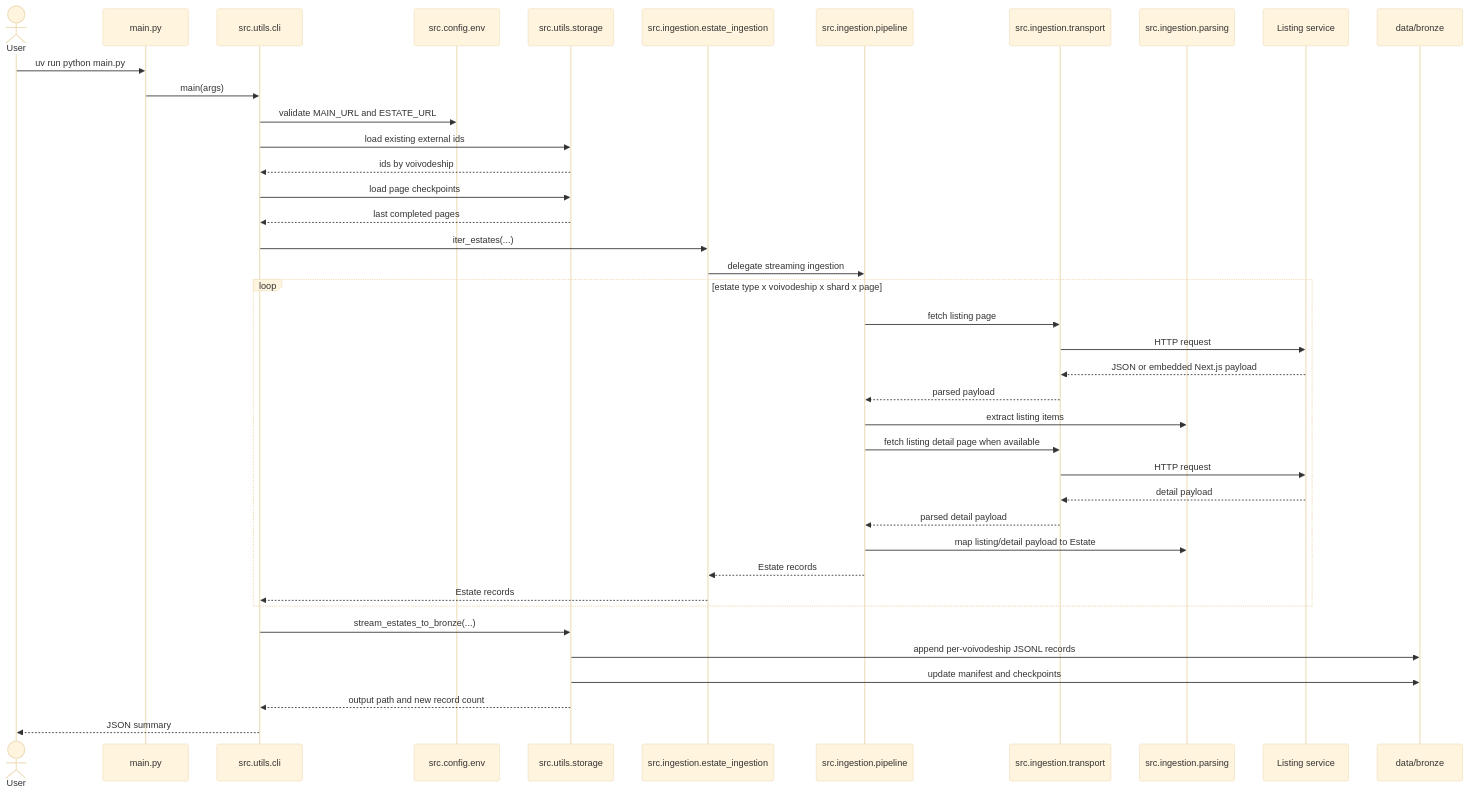
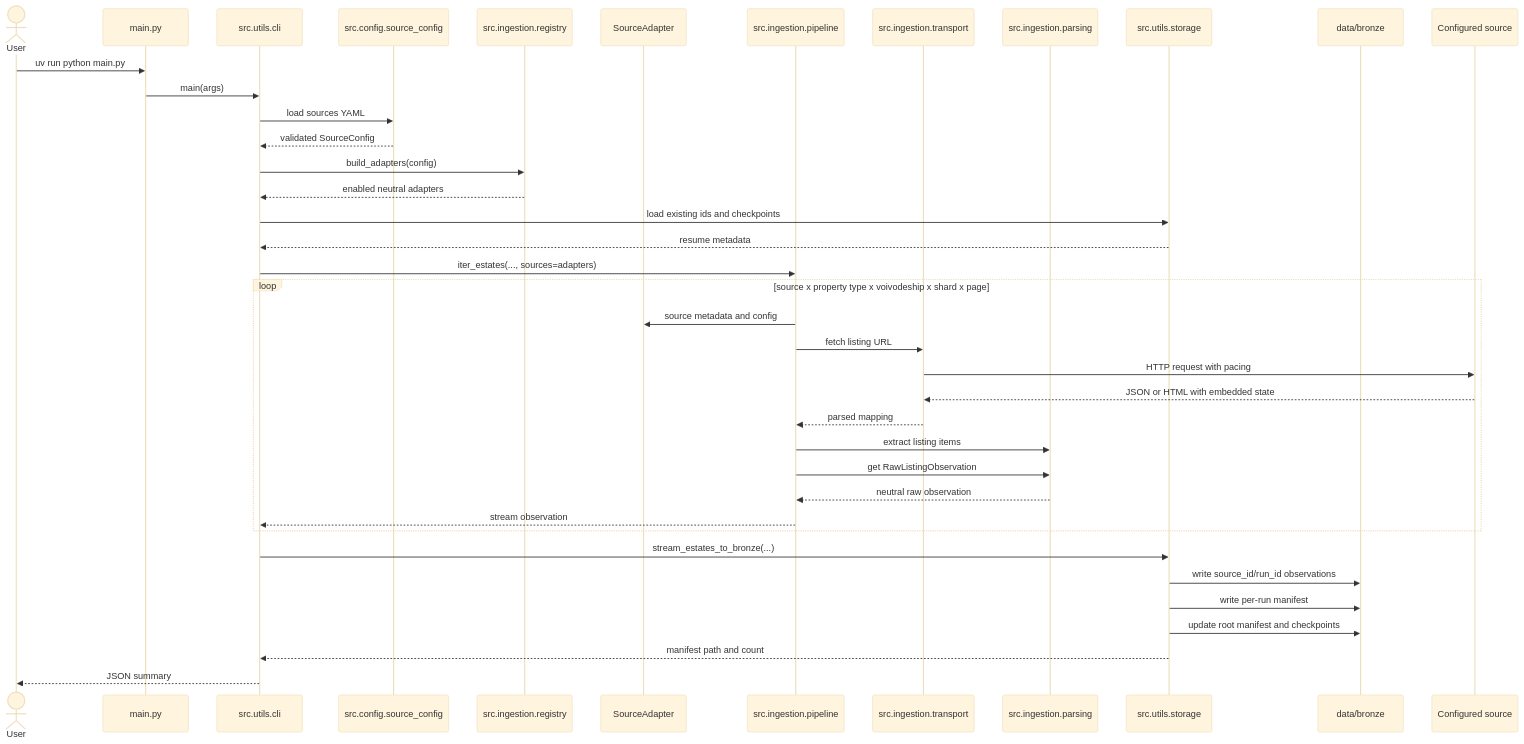
The diagram in docs/ingestion-sequence.md (bi3lu/polish-real-estate-price-aggregates), drawn with Mermaid (base theme) before and after one commit. The commit also changed other lines of this file and 49 other files, not shown here.

````diff
--- a/docs/ingestion-sequence.md
+++ b/docs/ingestion-sequence.md
@@ -3,45 +3,44 @@
 ```mermaid
 sequenceDiagram
     actor User
     participant Main as main.py
     participant CLI as src.utils.cli
-    participant Env as src.config.env
-    participant Store as src.utils.storage
-    participant Facade as src.ingestion.estate_ingestion
+    participant Config as src.config.source_config
+    participant Registry as src.ingestion.registry
+    participant Adapter as SourceAdapter
     participant Pipeline as src.ingestion.pipeline
     participant Transport as src.ingestion.transport
     participant Parsing as src.ingestion.parsing
-    participant Source as Listing service
+    participant Storage as src.utils.storage
     participant Bronze as data/bronze
+    participant Source as Configured source
 
     User->>Main: uv run python main.py
     Main->>CLI: main(args)
-    CLI->>Env: validate MAIN_URL and ESTATE_URL
-    CLI->>Store: load existing external ids
-    Store-->>CLI: ids by voivodeship
-    CLI->>Store: load page checkpoints
-    Store-->>CLI: last completed pages
-    CLI->>Facade: iter_estates(...)
-    Facade->>Pipeline: delegate streaming ingestion
+    CLI->>Config: load sources YAML
+    Config-->>CLI: validated SourceConfig
+    CLI->>Registry: build_adapters(config)
+    Registry-->>CLI: enabled neutral adapters
+    CLI->>Storage: load existing ids and checkpoints
+    Storage-->>CLI: resume metadata
+    CLI->>Pipeline: iter_estates(..., sources=adapters)
 
-    loop estate type x voivodeship x shard x page
-        Pipeline->>Transport: fetch listing page
-        Transport->>Source: HTTP request
-        Source-->>Transport: JSON or embedded Next.js payload
-        Transport-->>Pipeline: parsed payload
+    loop source x property type x voivodeship x shard x page
+        Pipeline->>Adapter: source metadata and config
+        Pipeline->>Transport: fetch listing URL
+        Transport->>Source: HTTP request with pacing
+        Source-->>Transport: JSON or HTML with embedded state
+        Transport-->>Pipeline: parsed mapping
         Pipeline->>Parsing: extract listing items
-        Pipeline->>Transport: fetch listing detail page when available
-        Transport->>Source: HTTP request
-        Source-->>Transport: detail payload
-        Transport-->>Pipeline: parsed detail payload
-        Pipeline->>Parsing: map listing/detail payload to Estate
-        Pipeline-->>Facade: Estate records
-        Facade-->>CLI: Estate records
+        Pipeline->>Parsing: get RawListingObservation
+        Parsing-->>Pipeline: neutral raw observation
+        Pipeline-->>CLI: stream observation
     end
 
-    CLI->>Store: stream_estates_to_bronze(...)
-    Store->>Bronze: append per-voivodeship JSONL records
-    Store->>Bronze: update manifest and checkpoints
-    Store-->>CLI: output path and new record count
+    CLI->>Storage: stream_estates_to_bronze(...)
+    Storage->>Bronze: write source_id/run_id observations
+    Storage->>Bronze: write per-run manifest
+    Storage->>Bronze: update root manifest and checkpoints
+    Storage-->>CLI: manifest path and count
     CLI-->>User: JSON summary
 ```
````
